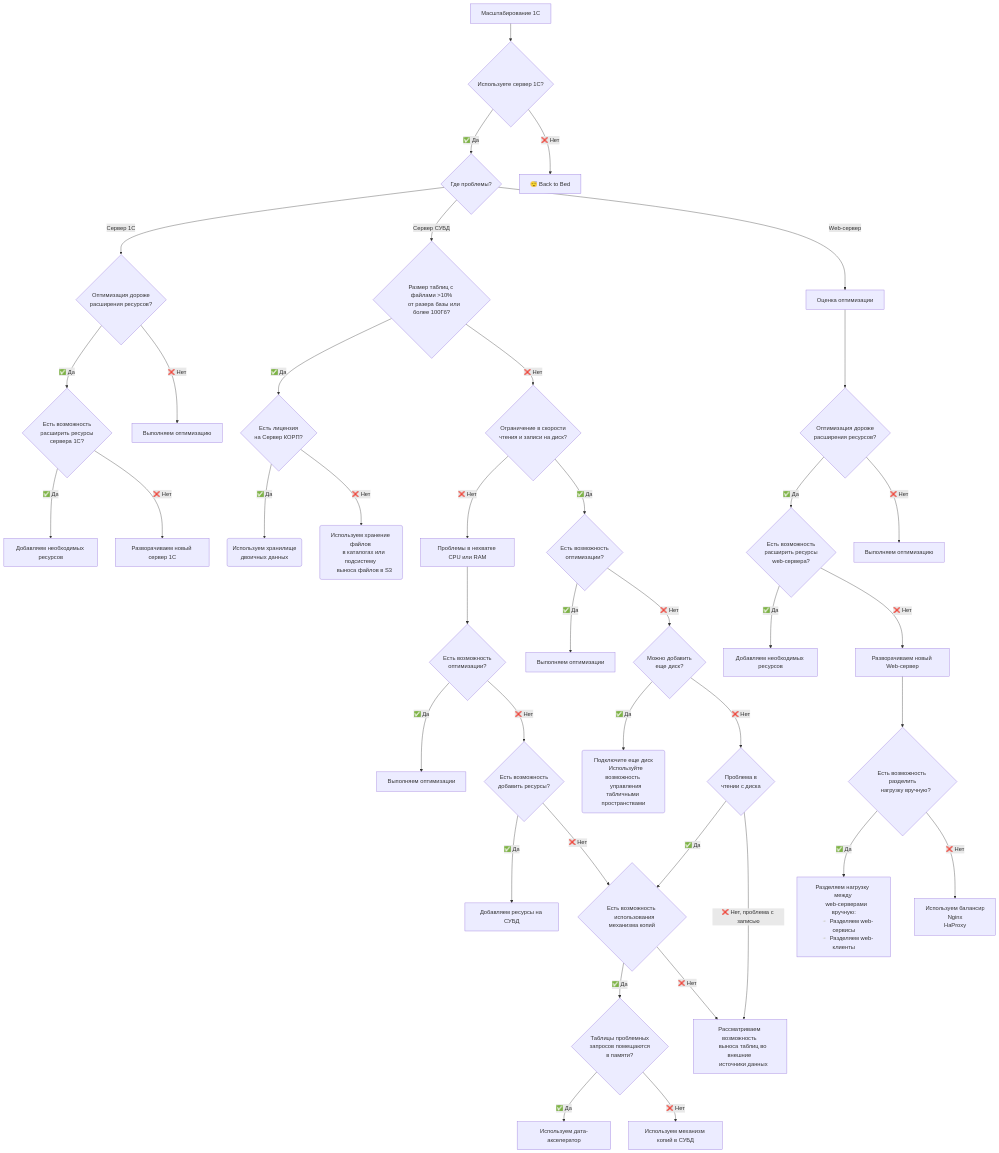
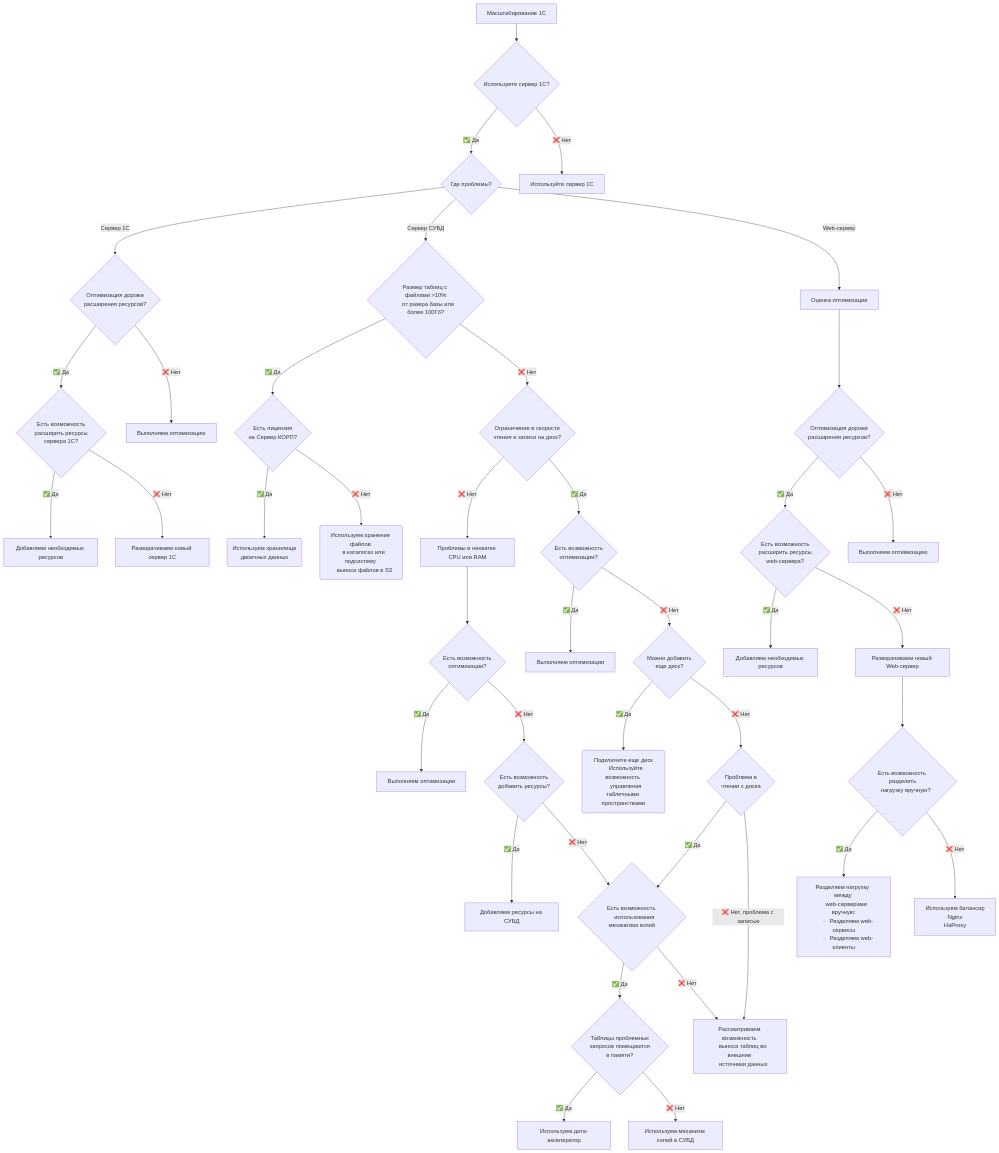
The diagram in README.md (rentgengl/growth-of-the-1C-system), drawn with Mermaid before and after one commit.

```diff
--- a/README.md
+++ b/README.md
@@ -5,7 +5,7 @@
 graph TD
     A[Масштабирование 1С] --> B{Используете сервер 1С?}
     B -->|✅ Да| C{Где проблемы?}
-    B -->|❌ Нет| D[😴 Back to Bed]
+    B -->|❌ Нет| D[Используйте сервер 1С]
 
     C --> |Сервер 1C| OС{Оптимизация дороже
     расширения ресурсов?}
```
